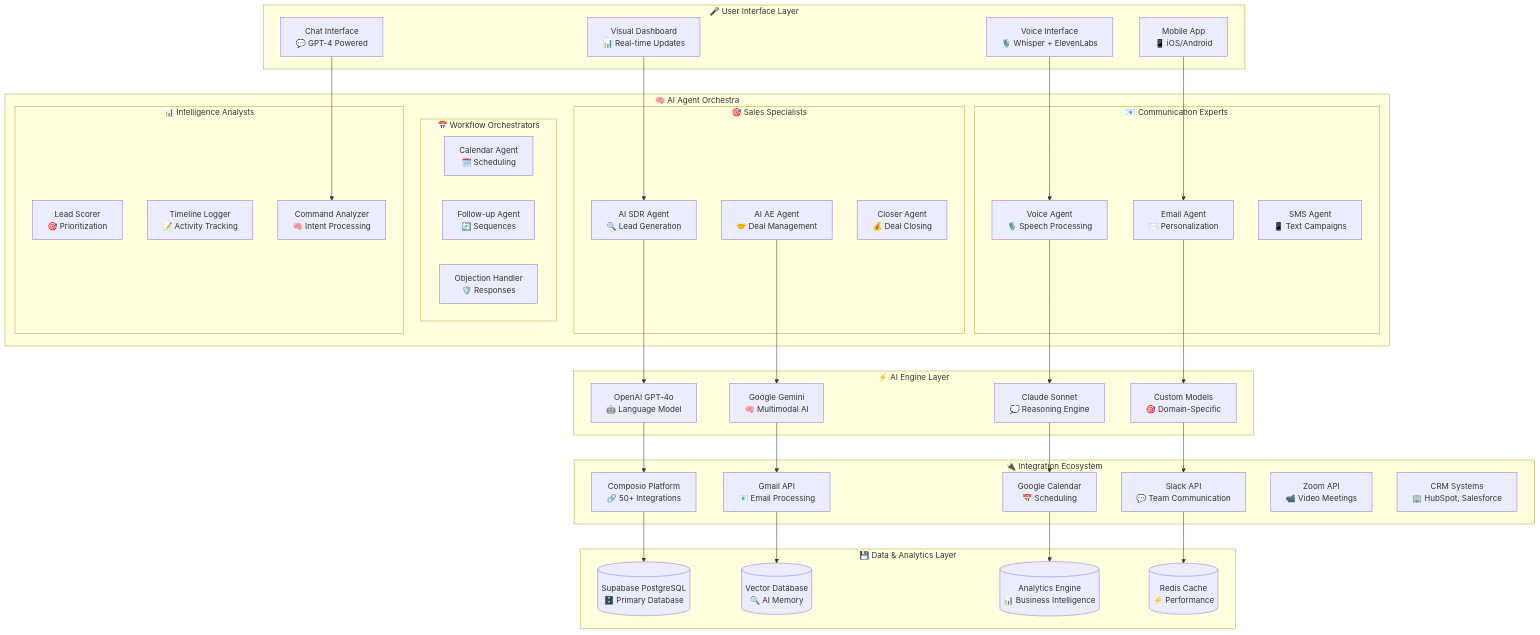
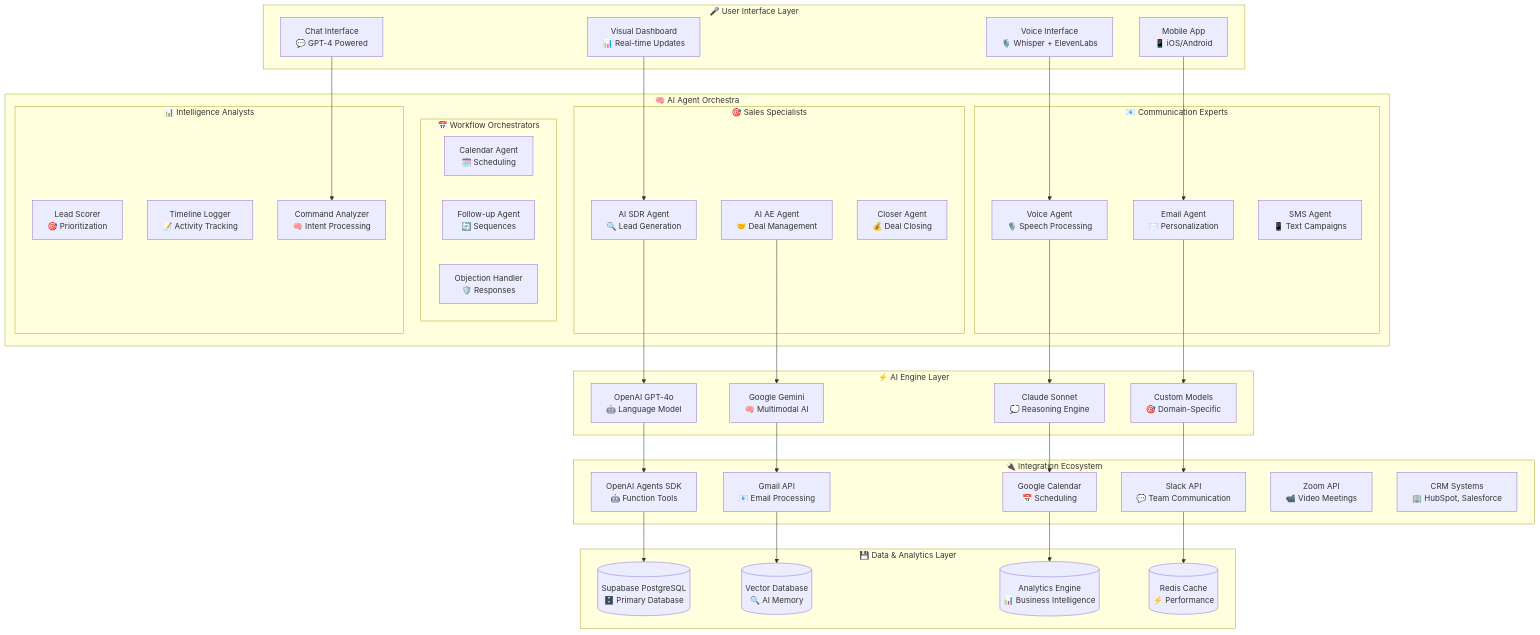
Before and after one commit to deangilmoreremix/aiagentsuite: the second of 6 diagrams in README.md, drawn with Mermaid. The commit also changed other lines of this file and 10 other files, not shown here.

````diff
--- a/README.md
+++ b/README.md
@@ -183,78 +183,78 @@
 ```mermaid
 graph TB
     subgraph "🎤 User Interface Layer"
         Voice[Voice Interface<br/>🎙️ Whisper + ElevenLabs]
         Chat[Chat Interface<br/>💬 GPT-4 Powered]
         UI[Visual Dashboard<br/>📊 Real-time Updates]
         Mobile[Mobile App<br/>📱 iOS/Android]
     end
     
     subgraph "🧠 AI Agent Orchestra"
         subgraph "🎯 Sales Specialists"
             SDR[AI SDR Agent<br/>🔍 Lead Generation]
             AE[AI AE Agent<br/>🤝 Deal Management]
             Closer[Closer Agent<br/>💰 Deal Closing]
         end
         
         subgraph "📧 Communication Experts"
             Email[Email Agent<br/>✉️ Personalization]
             Voice_Agent[Voice Agent<br/>🎙️ Speech Processing]
             SMS[SMS Agent<br/>📱 Text Campaigns]
         end
         
         subgraph "📅 Workflow Orchestrators"
             Calendar[Calendar Agent<br/>🗓️ Scheduling]
             Follow[Follow-up Agent<br/>🔄 Sequences]
             Handler[Objection Handler<br/>🛡️ Responses]
         end
         
         subgraph "📊 Intelligence Analysts"
             Scorer[Lead Scorer<br/>🎯 Prioritization]
             Logger[Timeline Logger<br/>📝 Activity Tracking]
             Analyzer[Command Analyzer<br/>🧠 Intent Processing]
         end
     end
     
     subgraph "⚡ AI Engine Layer"
         OpenAI[OpenAI GPT-4o<br/>🤖 Language Model]
         Gemini[Google Gemini<br/>🧠 Multimodal AI]
         Claude[Claude Sonnet<br/>💭 Reasoning Engine]
         Custom[Custom Models<br/>🎯 Domain-Specific]
     end
     
     subgraph "🔌 Integration Ecosystem"
-        Composio[Composio Platform<br/>🔗 50+ Integrations]
+        AgentsSDK[OpenAI Agents SDK<br/>🤖 Function Tools]
         Gmail[Gmail API<br/>📧 Email Processing]
         Calendar_API[Google Calendar<br/>📅 Scheduling]
         Slack[Slack API<br/>💬 Team Communication]
         Zoom[Zoom API<br/>📹 Video Meetings]
         CRM[CRM Systems<br/>🏢 HubSpot, Salesforce]
     end
     
     subgraph "💾 Data & Analytics Layer"
         Supabase[(Supabase PostgreSQL<br/>🗄️ Primary Database)]
         Vector[(Vector Database<br/>🔍 AI Memory)]
         Analytics[(Analytics Engine<br/>📊 Business Intelligence)]
         Cache[(Redis Cache<br/>⚡ Performance)]
     end
     
     Voice --> Voice_Agent
     Chat --> Analyzer
     UI --> SDR
     Mobile --> Email
     
     SDR --> OpenAI
     AE --> Gemini
     Voice_Agent --> Claude
     Email --> Custom
     
-    OpenAI --> Composio
+    OpenAI --> AgentsSDK
     Gemini --> Gmail
     Claude --> Calendar_API
     Custom --> Slack
     
-    Composio --> Supabase
+    AgentsSDK --> Supabase
     Gmail --> Vector
     Calendar_API --> Analytics
     Slack --> Cache
 ```
````
